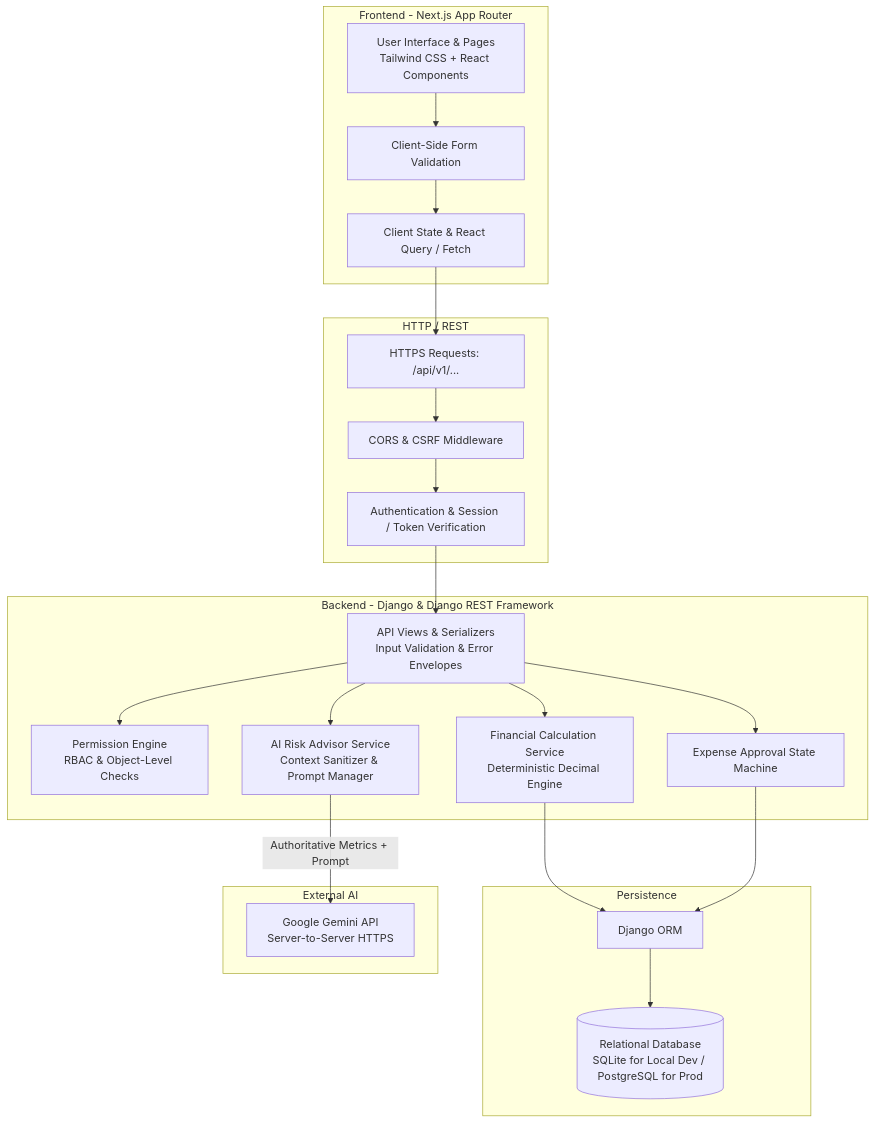
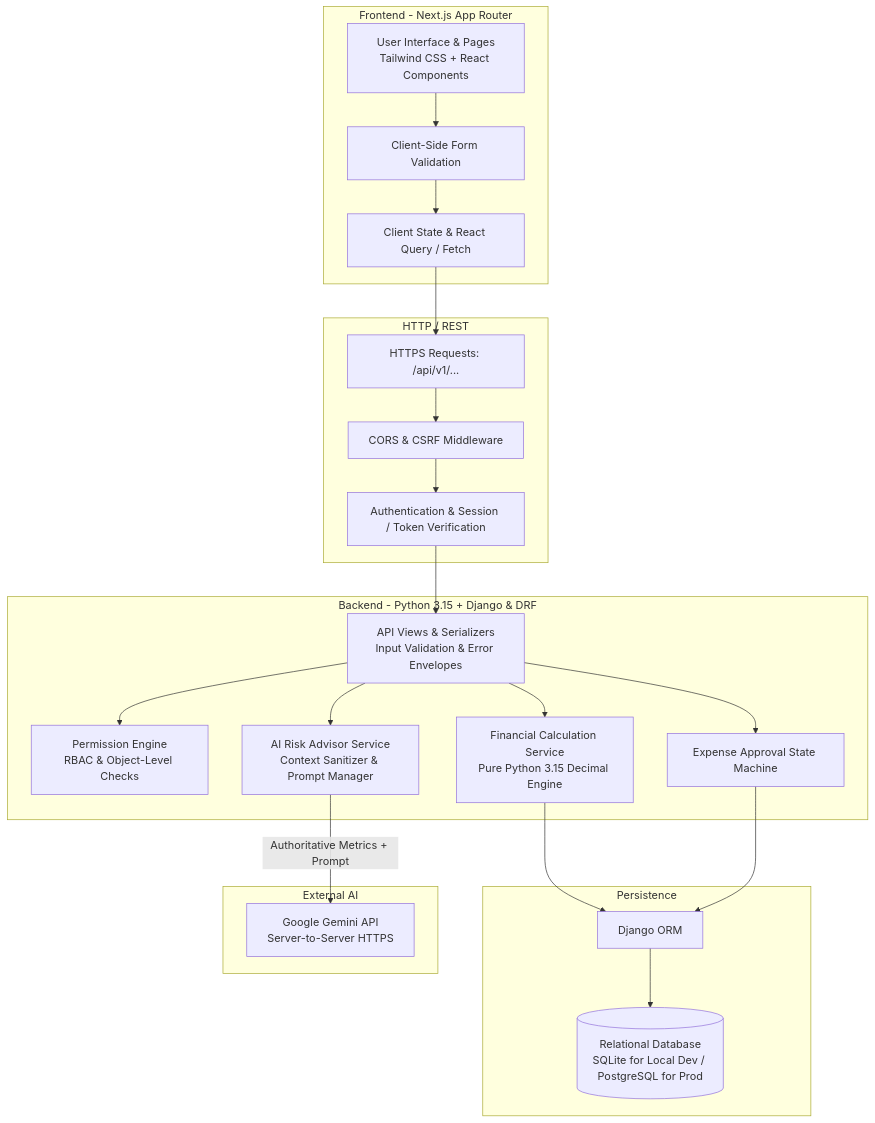
Before and after one commit to RafiAwes/margin_watch_ai: the first of 3 diagrams in docs/architecture.md, drawn with Mermaid. The commit also changed other lines of this file and 7 other files, not shown here.

Commit message:
docs: add initial project documentation, architecture specifications, and roadmap

````diff
--- a/docs/architecture.md
+++ b/docs/architecture.md
@@ -23,42 +24,42 @@
 ```mermaid
 graph TB
     subgraph Client Tier [Frontend - Next.js App Router]
         UI[User Interface & Pages<br>Tailwind CSS + React Components]
         State[Client State & React Query / Fetch]
         UXVal[Client-Side Form Validation]
     end
 
     subgraph Gateway & Transport [HTTP / REST]
         API_REQ[HTTPS Requests: /api/v1/...]
         CORS[CORS & CSRF Middleware]
         AUTH_MW[Authentication & Session / Token Verification]
     end
 
-    subgraph Service Tier [Backend - Django & Django REST Framework]
+    subgraph Service Tier [Backend - Python 3.15 + Django & DRF]
         Views[API Views & Serializers<br>Input Validation & Error Envelopes]
         Perms[Permission Engine<br>RBAC & Object-Level Checks]
-        FinEngine[Financial Calculation Service<br>Deterministic Decimal Engine]
+        FinEngine[Financial Calculation Service<br>Pure Python 3.15 Decimal Engine]
         ExpenseState[Expense Approval State Machine]
         AIService[AI Risk Advisor Service<br>Context Sanitizer & Prompt Manager]
     end
 
     subgraph Data Tier [Persistence]
         ORM[Django ORM]
         DB[(Relational Database<br>SQLite for Local Dev / PostgreSQL for Prod)]
     end
 
     subgraph External Provider Tier [External AI]
         Gemini[Google Gemini API<br>Server-to-Server HTTPS]
     end
 
     UI --> UXVal --> State --> API_REQ
     API_REQ --> CORS --> AUTH_MW --> Views
     Views --> Perms
     Views --> FinEngine
     Views --> ExpenseState
     FinEngine --> ORM
     ExpenseState --> ORM
     ORM --> DB
     Views --> AIService
     AIService -->|Authoritative Metrics + Prompt| Gemini
 ```
````
